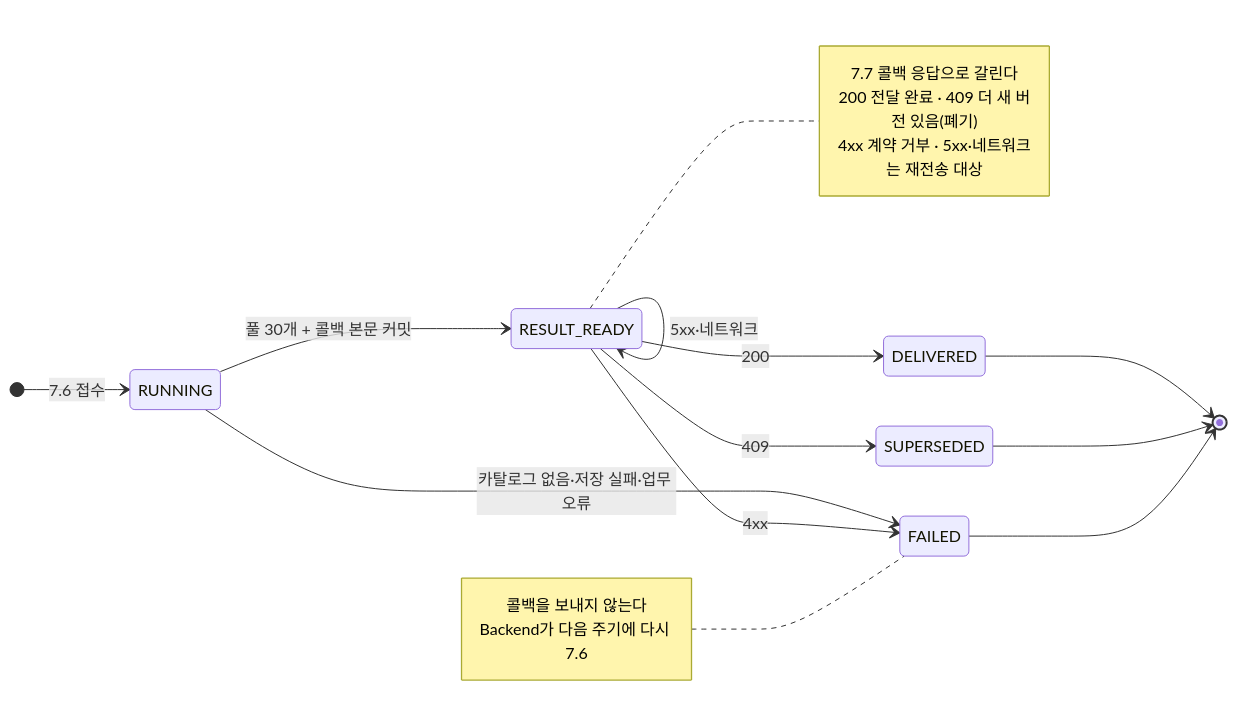
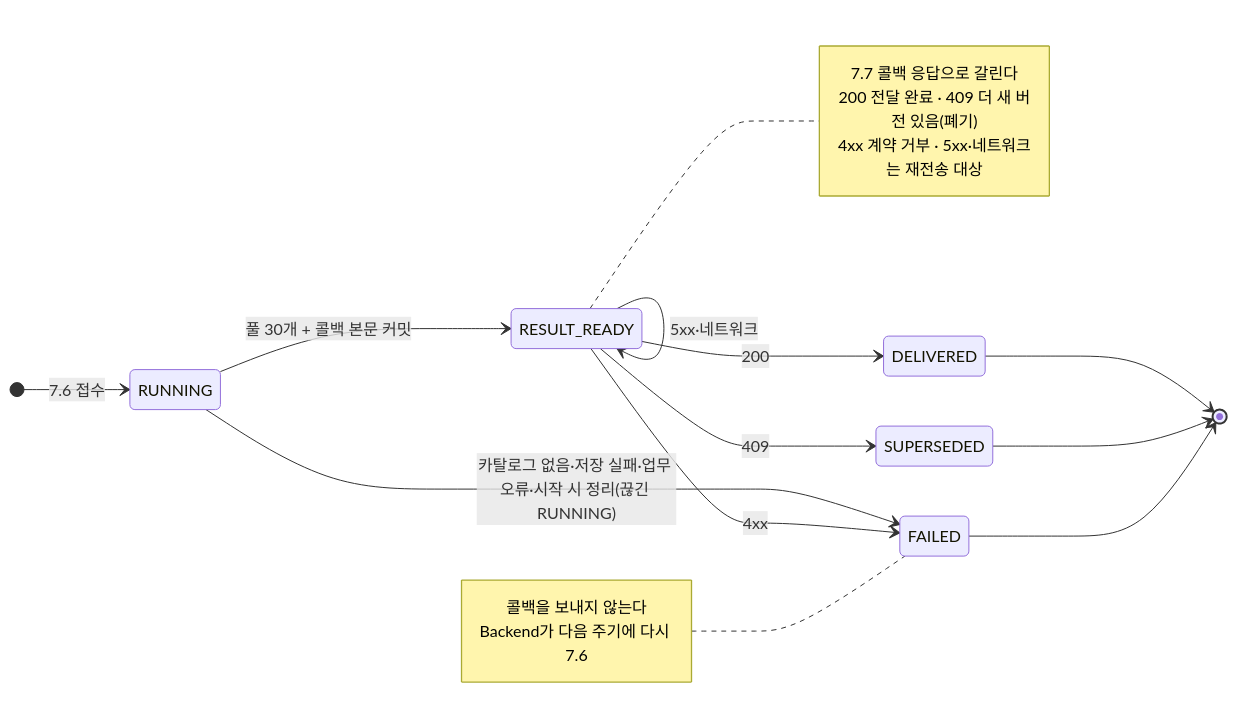
Before and after one commit to 100-hours-a-week/KTB4-12th-AI: the second of 2 diagrams in profiling/docs/DB_ERD.md, drawn with Mermaid. The commit also changed other lines of this file and 7 other files, not shown here.

First line of the commit message:
fix(profiling): ERD 점검 ①~⑤ — 0004 열 주석 정정 · updated_at 역할 · 09-25 회신 반영 누락

````diff
--- a/profiling/docs/DB_ERD.md
+++ b/profiling/docs/DB_ERD.md
@@ -147,23 +148,23 @@
 ```mermaid
 stateDiagram-v2
   direction LR
   [*] --> RUNNING : 7.6 접수
   RUNNING --> RESULT_READY : 풀 30개 + 콜백 본문 커밋
-  RUNNING --> FAILED : 카탈로그 없음·저장 실패·업무 오류
+  RUNNING --> FAILED : 카탈로그 없음·저장 실패·업무 오류·시작 시 정리(끊긴 RUNNING)
   RESULT_READY --> DELIVERED : 200
   RESULT_READY --> SUPERSEDED : 409
   RESULT_READY --> FAILED : 4xx
   RESULT_READY --> RESULT_READY : 5xx·네트워크
   note right of RESULT_READY
     7.7 콜백 응답으로 갈린다
     200 전달 완료 · 409 더 새 버전 있음(폐기)
     4xx 계약 거부 · 5xx·네트워크는 재전송 대상
   end note
   note left of FAILED
     콜백을 보내지 않는다
     Backend가 다음 주기에 다시 7.6
   end note
   DELIVERED --> [*]
   SUPERSEDED --> [*]
   FAILED --> [*]
 ```
````
